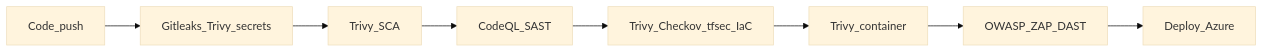
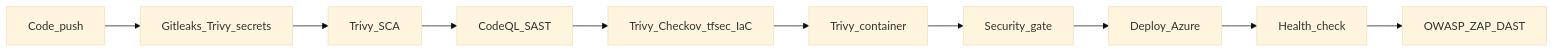
Before and after one commit to gindriliunas/crypto-trading: the second of 2 diagrams in README.md, drawn with Mermaid (base theme). The commit also changed other lines of this file, not shown here.

````diff
--- a/README.md
+++ b/README.md
@@ -41,10 +44,12 @@
 ```mermaid
 flowchart LR
   A[Code_push] --> B[Gitleaks_Trivy_secrets]
   B --> C[Trivy_SCA]
   C --> D[CodeQL_SAST]
   D --> E[Trivy_Checkov_tfsec_IaC]
   E --> F[Trivy_container]
-  F --> G[OWASP_ZAP_DAST]
+  F --> G[Security_gate]
   G --> H[Deploy_Azure]
+  H --> I[Health_check]
+  I --> J[OWASP_ZAP_DAST]
 ```
````
